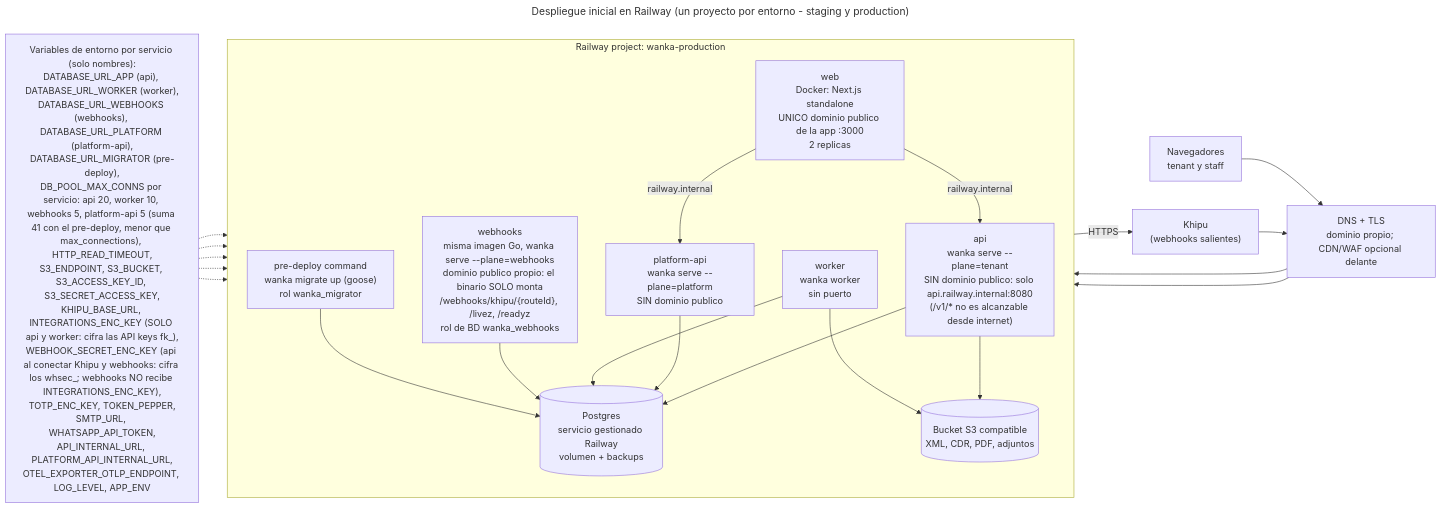
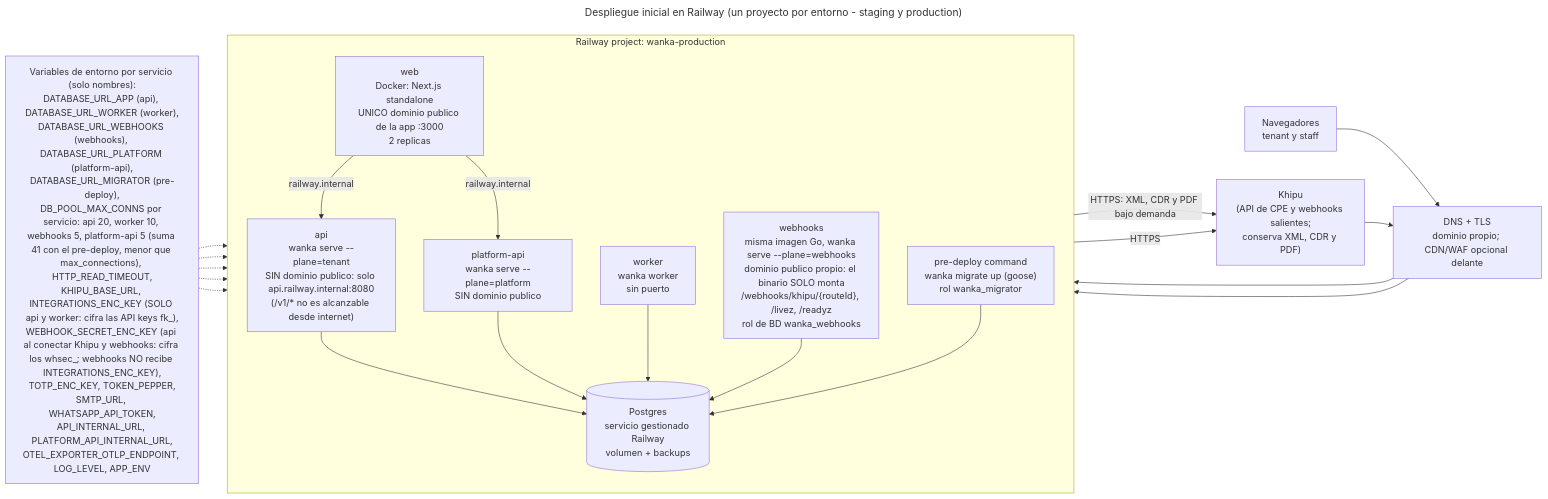
The diagram in docs/architecture/deployment/railway.mmd (bacsystem/wanka), drawn with Mermaid before and after one commit. The commit also changed 12 other files, not shown here.

First line of the commit message:
docs(adr): Khipu keeps CPE artifacts; no bucket in R1 (ADR 0003)

```diff
--- a/docs/architecture/deployment/railway.mmd
+++ b/docs/architecture/deployment/railway.mmd
@@ -1,39 +1,37 @@
 ---
 title: Despliegue inicial en Railway (un proyecto por entorno - staging y production)
 ---
 flowchart LR
   user["Navegadores<br/>tenant y staff"]
-  khipu["Khipu<br/>(webhooks salientes)"]
+  khipu["Khipu<br/>(API de CPE y webhooks salientes;<br/>conserva XML, CDR y PDF)"]
   dns["DNS + TLS<br/>dominio propio; CDN/WAF opcional delante"]
 
   subgraph railway["Railway project: wanka-production"]
     direction TB
     web["web<br/>Docker: Next.js standalone<br/>UNICO dominio publico de la app :3000<br/>2 replicas"]
     webhooks["webhooks<br/>misma imagen Go, wanka serve --plane=webhooks<br/>dominio publico propio: el binario SOLO monta<br/>/webhooks/khipu/{routeId}, /livez, /readyz<br/>rol de BD wanka_webhooks"]
     api["api<br/>wanka serve --plane=tenant<br/>SIN dominio publico: solo api.railway.internal:8080<br/>(/v1/* no es alcanzable desde internet)"]
     papi["platform-api<br/>wanka serve --plane=platform<br/>SIN dominio publico"]
     worker["worker<br/>wanka worker<br/>sin puerto"]
     migrate["pre-deploy command<br/>wanka migrate up (goose)<br/>rol wanka_migrator"]
     pg[("Postgres<br/>servicio gestionado Railway<br/>volumen + backups")]
-    bucket[("Bucket S3 compatible<br/>XML, CDR, PDF, adjuntos")]
   end
 
-  secrets["Variables de entorno por servicio (solo nombres):<br/>DATABASE_URL_APP (api), DATABASE_URL_WORKER (worker),<br/>DATABASE_URL_WEBHOOKS (webhooks), DATABASE_URL_PLATFORM (platform-api),<br/>DATABASE_URL_MIGRATOR (pre-deploy),<br/>DB_POOL_MAX_CONNS por servicio: api 20, worker 10, webhooks 5, platform-api 5 (suma 41 con el pre-deploy, menor que max_connections), HTTP_READ_TIMEOUT,<br/>S3_ENDPOINT, S3_BUCKET, S3_ACCESS_KEY_ID, S3_SECRET_ACCESS_KEY,<br/>KHIPU_BASE_URL, INTEGRATIONS_ENC_KEY (SOLO api y worker: cifra las API keys fk_),<br/>WEBHOOK_SECRET_ENC_KEY (api al conectar Khipu y webhooks: cifra los whsec_; webhooks NO recibe INTEGRATIONS_ENC_KEY),<br/>TOTP_ENC_KEY, TOKEN_PEPPER,<br/>SMTP_URL, WHATSAPP_API_TOKEN,<br/>API_INTERNAL_URL, PLATFORM_API_INTERNAL_URL,<br/>OTEL_EXPORTER_OTLP_ENDPOINT, LOG_LEVEL, APP_ENV"]
+  secrets["Variables de entorno por servicio (solo nombres):<br/>DATABASE_URL_APP (api), DATABASE_URL_WORKER (worker),<br/>DATABASE_URL_WEBHOOKS (webhooks), DATABASE_URL_PLATFORM (platform-api),<br/>DATABASE_URL_MIGRATOR (pre-deploy),<br/>DB_POOL_MAX_CONNS por servicio: api 20, worker 10, webhooks 5, platform-api 5 (suma 41 con el pre-deploy, menor que max_connections), HTTP_READ_TIMEOUT,<br/>KHIPU_BASE_URL, INTEGRATIONS_ENC_KEY (SOLO api y worker: cifra las API keys fk_),<br/>WEBHOOK_SECRET_ENC_KEY (api al conectar Khipu y webhooks: cifra los whsec_; webhooks NO recibe INTEGRATIONS_ENC_KEY),<br/>TOTP_ENC_KEY, TOKEN_PEPPER,<br/>SMTP_URL, WHATSAPP_API_TOKEN,<br/>API_INTERNAL_URL, PLATFORM_API_INTERNAL_URL,<br/>OTEL_EXPORTER_OTLP_ENDPOINT, LOG_LEVEL, APP_ENV"]
 
   user --> dns --> web
   khipu --> dns --> webhooks
   web -->|"railway.internal"| api
   web -->|"railway.internal"| papi
   api --> pg
   papi --> pg
   worker --> pg
   webhooks --> pg
   migrate --> pg
-  api --> bucket
-  worker --> bucket
+  api -->|"HTTPS: XML, CDR y PDF bajo demanda"| khipu
   worker -->|"HTTPS"| khipu
   secrets -.-> api
   secrets -.-> papi
   secrets -.-> worker
   secrets -.-> webhooks
   secrets -.-> web
```
